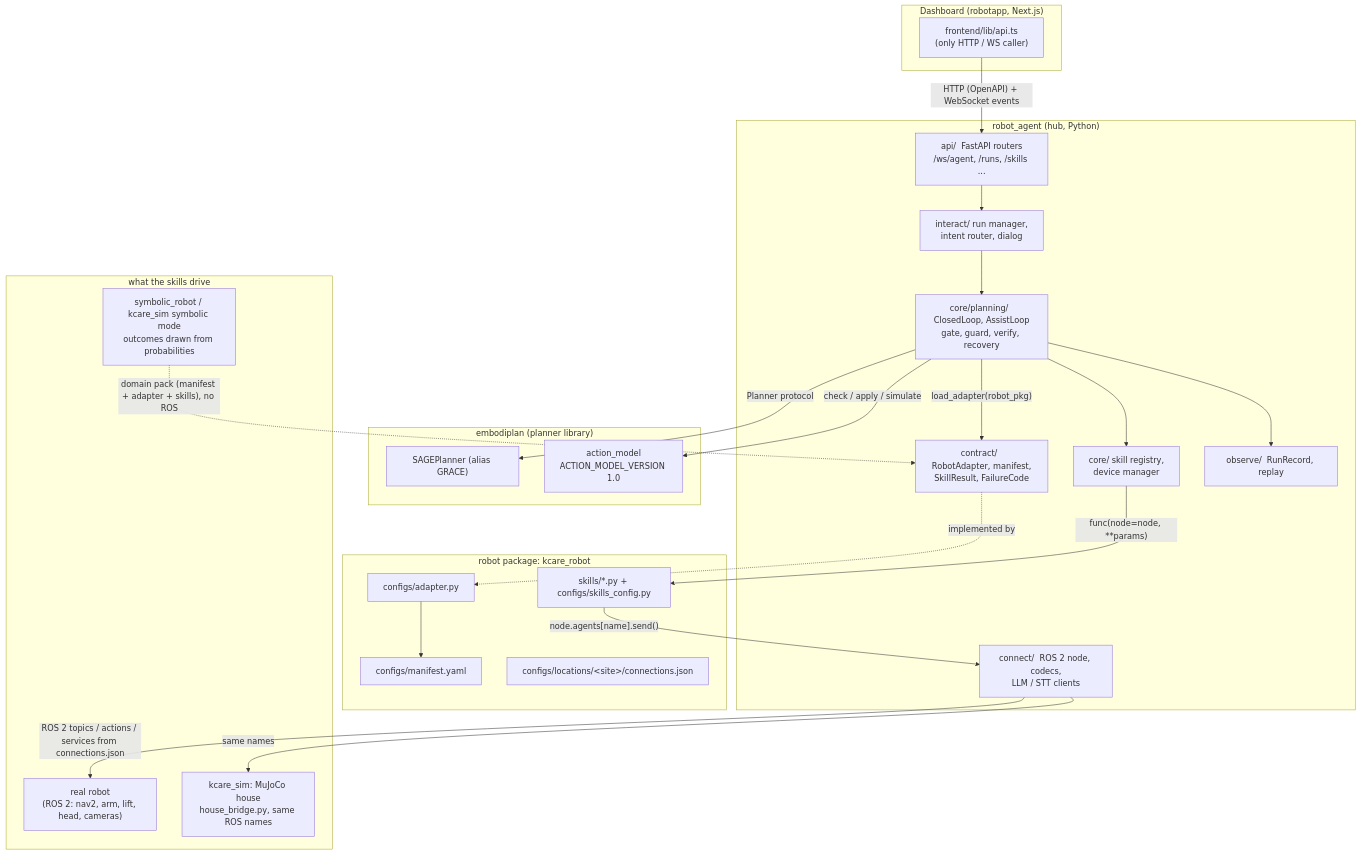
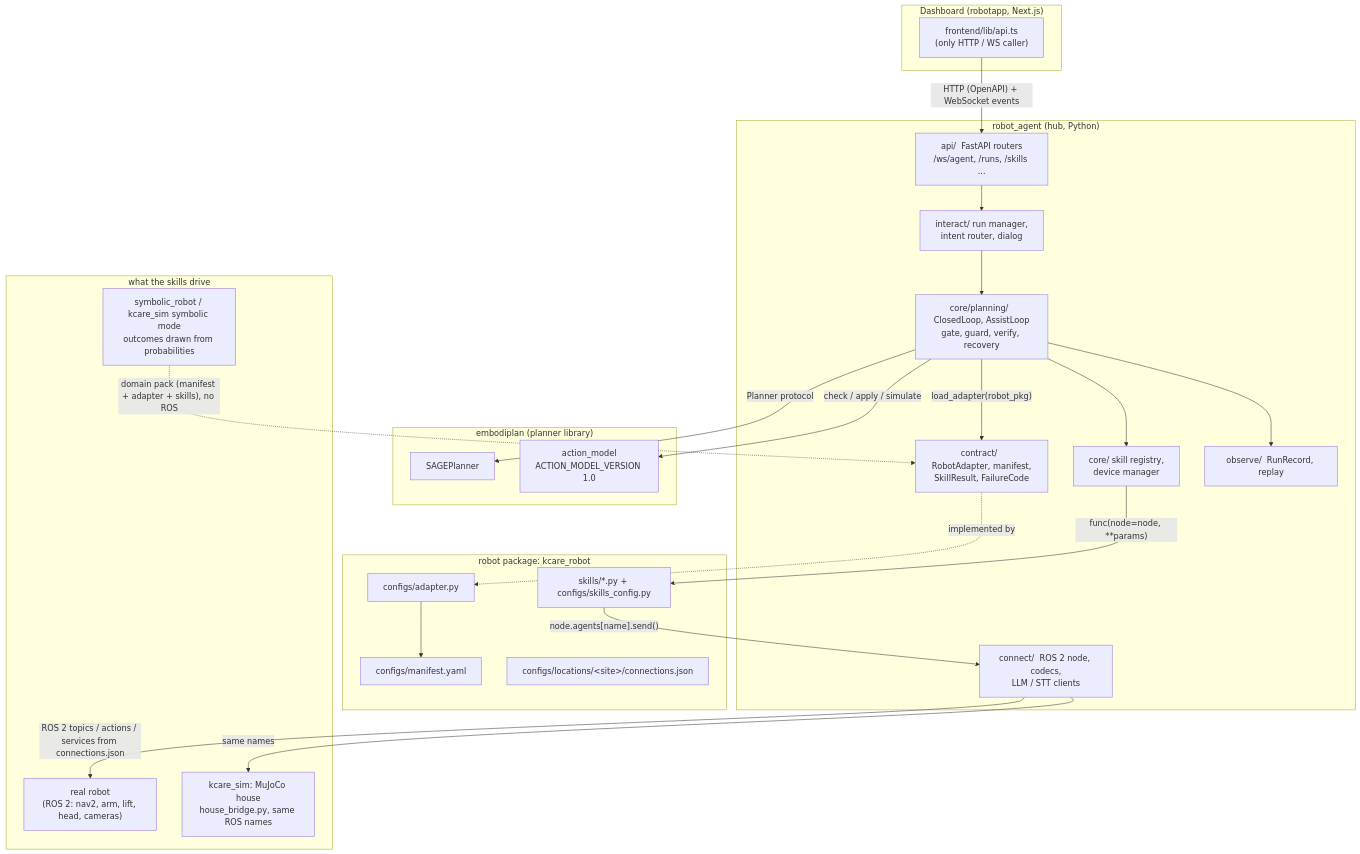
The first of 2 diagrams in website/PLAN-framework.md (mtbui2010/robot_agent), drawn with Mermaid before and after one commit. The commit also changed other lines of this file and 17 other files, not shown here.

First line of the commit message:
website: GRACE is now SAGE: planner names, bridges, links re-pinned to 5058637 with checked line ranges; benchmark page names the key robot_agent:grace as the benchmark's own

````diff
--- a/website/PLAN-framework.md
+++ b/website/PLAN-framework.md
@@ -69,44 +69,44 @@
 ```mermaid
 flowchart TB
   subgraph UI["Dashboard (robotapp, Next.js)"]
     APP["frontend/lib/api.ts<br/>(only HTTP / WS caller)"]
   end
   subgraph HUB["robot_agent (hub, Python)"]
     API["api/  FastAPI routers<br/>/ws/agent, /runs, /skills ..."]
     INT["interact/  run manager,<br/>intent router, dialog"]
     LOOPS["core/planning/  ClosedLoop, AssistLoop<br/>gate, guard, verify, recovery"]
     EXEC["core/  skill registry,<br/>device manager"]
     CON["contract/  RobotAdapter, manifest,<br/>SkillResult, FailureCode"]
     OBS["observe/  RunRecord, replay"]
     CONN["connect/  ROS 2 node, codecs,<br/>LLM / STT clients"]
   end
   subgraph LIB["embodiplan (planner library)"]
-    SAGE["SAGEPlanner (alias GRACE)"]
+    SAGE["SAGEPlanner"]
     AM["action_model<br/>ACTION_MODEL_VERSION 1.0"]
   end
   subgraph PKG["robot package: kcare_robot"]
     MAN["configs/manifest.yaml"]
     ADP["configs/adapter.py"]
     SK["skills/*.py + configs/skills_config.py"]
     SITE["configs/locations/&lt;site&gt;/connections.json"]
   end
   subgraph WORLD["what the skills drive"]
     REAL["real robot<br/>(ROS 2: nav2, arm, lift, head, cameras)"]
     MJ["kcare_sim: MuJoCo house<br/>house_bridge.py, same ROS names"]
     SYM["symbolic_robot / kcare_sim symbolic mode<br/>outcomes drawn from probabilities"]
   end
   APP -- "HTTP (OpenAPI) + WebSocket events" --> API
   API --> INT --> LOOPS
   LOOPS -- "Planner protocol" --> SAGE
   LOOPS -- "check / apply / simulate" --> AM
   LOOPS --> EXEC
   LOOPS -- "load_adapter(robot_pkg)" --> CON
   CON -. implemented by .-> ADP
   ADP --> MAN
   EXEC -- "func(node=node, **params)" --> SK
   SK -- "node.agents[name].send()" --> CONN
   CONN -- "ROS 2 topics / actions / services from connections.json" --> REAL
   CONN -- same names --> MJ
   SYM -. "domain pack (manifest + adapter + skills), no ROS" .-> CON
   LOOPS --> OBS
 ```
````
